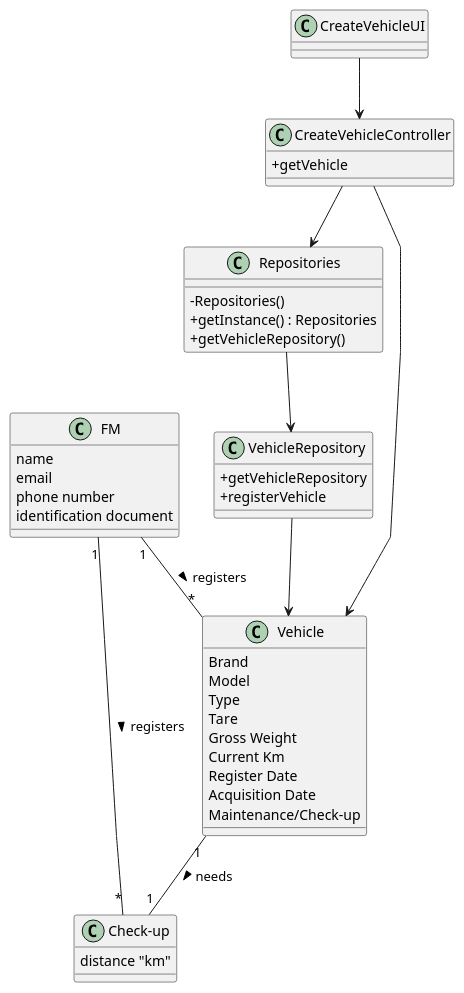
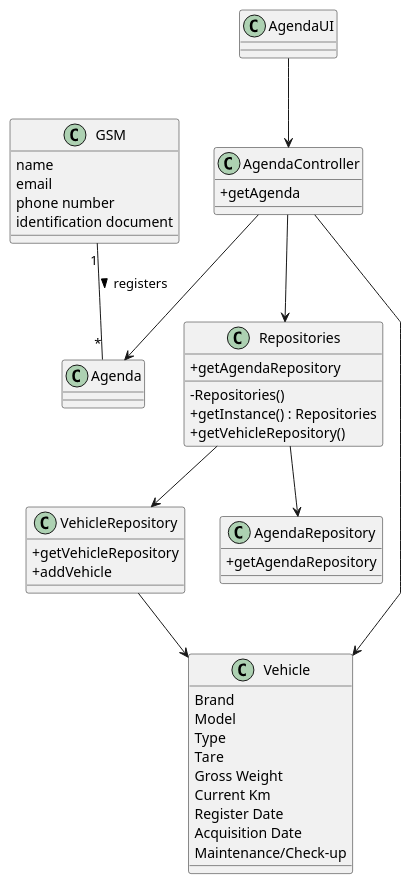
One commit to Departamento-de-Engenharia-Informatica/lei-24-s2-1dl-g121 changed the diagram in docs/sprintC/us026/03.design/puml/us026-class-diagram.puml. Above: the diagram before and after it, drawn with PlantUML. The commit also changed 2 other files, not shown here.

Commit message:
class diagram us24

```diff
--- a/docs/sprintC/us026/03.design/puml/us026-class-diagram.puml
+++ b/docs/sprintC/us026/03.design/puml/us026-class-diagram.puml
@@ -1,67 +1,72 @@
 @startuml
 'skinparam monochrome true
 skinparam packageStyle rectangle
 skinparam shadowing false
 skinparam linetype polyline
 'skinparam linetype orto
 
 skinparam classAttributeIconSize 0
 
 'left to right direction
 
 ' vehicle Repository !!!1
 class VehicleRepository{
     +getVehicleRepository
-    +registerVehicle
+    +addVehicle
 }
 
-class CreateVehicleUI{
+class AgendaUI{
 
+}
+class AgendaRepository{
+    +getAgendaRepository
 }
 
 class Repositories {
     - Repositories()
     + getInstance() : Repositories
     + getVehicleRepository()
+    +getAgendaRepository
 }
 
-class CreateVehicleController{
-    +getVehicle
+class AgendaController{
+    +getAgenda
 
 }
 
-class FM{
+class GSM{
     name
     email
     phone number
     identification document
 }
 
 
 class Vehicle{
     Brand
     Model
     Type
     Tare
     Gross Weight
     Current Km
     Register Date
     Acquisition Date
     Maintenance/Check-up
 }
-
-class Check-up{
-    distance "km"
+class Agenda {
 }
 
-CreateVehicleUI --> CreateVehicleController
+
+
+AgendaUI --> AgendaController
 Repositories --> VehicleRepository
-CreateVehicleController --> Repositories
+AgendaController --> Repositories
+AgendaController --> Agenda
 VehicleRepository --> Vehicle
-CreateVehicleController --> Vehicle
-FM "1" -- "*" Vehicle : registers >
-FM "1" -- "*" "Check-up" : registers >
-Vehicle "1" -- "1" "Check-up" : needs >
+AgendaController --> Vehicle
+GSM "1" -- "*" Agenda : registers >
+Repositories --> AgendaRepository
+
 
 
 @enduml
```
